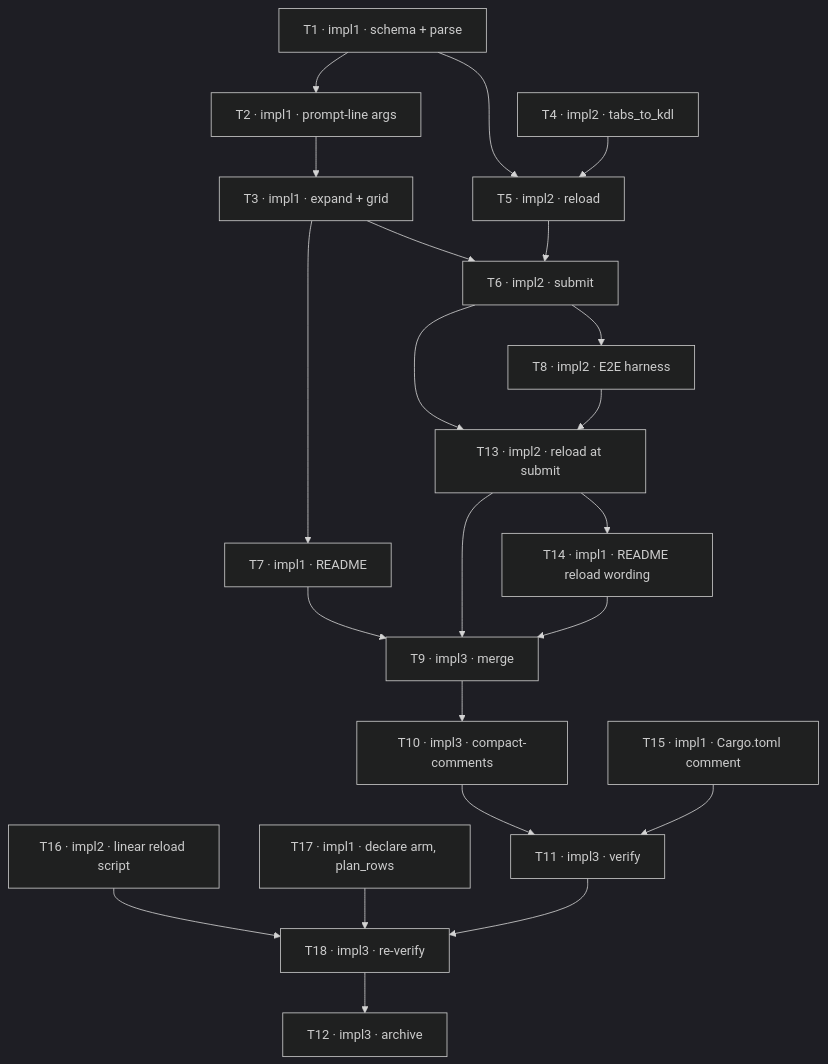
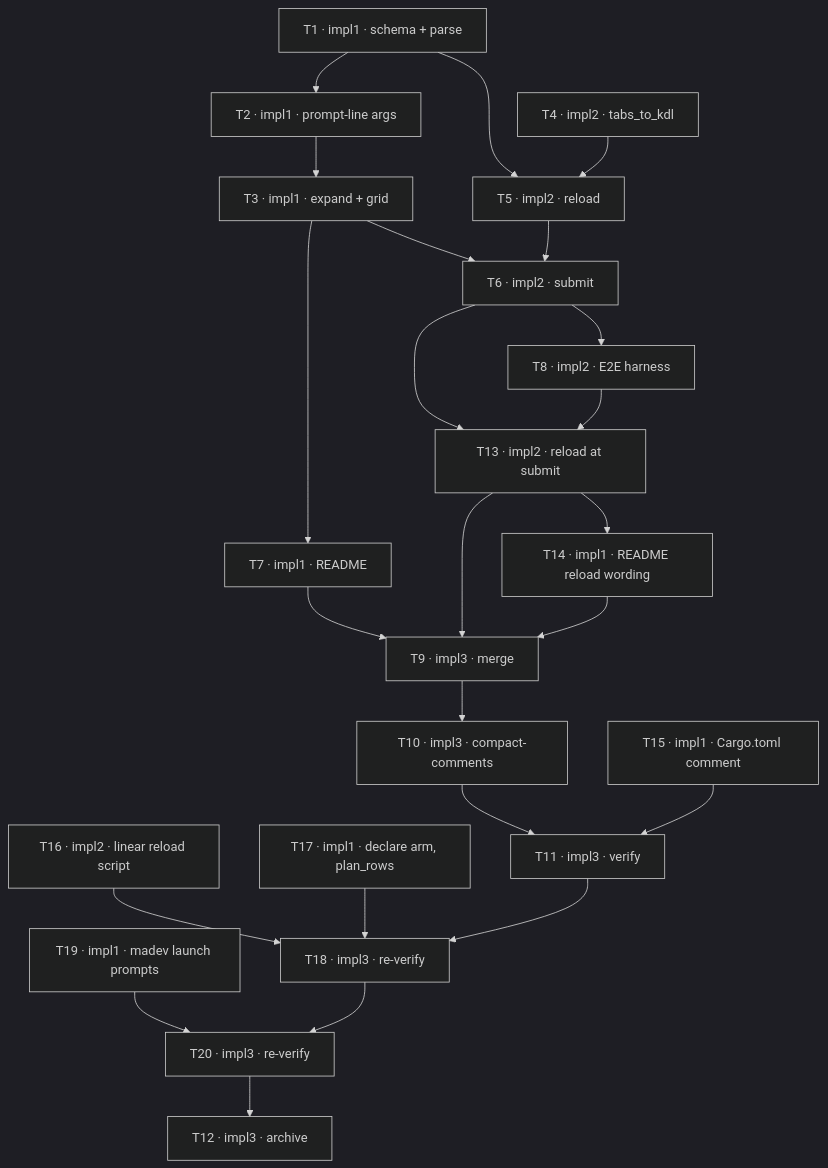
Before and after one commit to treekmk/zellaude: the diagram in CLAUDE_TODO-layout-generator.md, drawn with Mermaid (dark theme). The commit also changed other lines of this file and 1 other file, not shown here.

First line of the commit message:
[revise] Madev example launches the real prompts (T19), re-verify (T20)

````diff
--- a/CLAUDE_TODO-layout-generator.md
+++ b/CLAUDE_TODO-layout-generator.md
@@ -46,25 +48,27 @@
 ```mermaid
 graph TD
   T1[T1 · impl1 · schema + parse] --> T2[T2 · impl1 · prompt-line args]
   T2 --> T3[T3 · impl1 · expand + grid]
   T4[T4 · impl2 · tabs_to_kdl]
   T1 --> T5[T5 · impl2 · reload]
   T4 --> T5
   T3 --> T6[T6 · impl2 · submit]
   T5 --> T6
   T3 --> T7[T7 · impl1 · README]
   T6 --> T8[T8 · impl2 · E2E harness]
   T6 --> T13[T13 · impl2 · reload at submit]
   T8 --> T13
   T13 --> T14[T14 · impl1 · README reload wording]
   T7 --> T9[T9 · impl3 · merge]
   T13 --> T9
   T14 --> T9
   T9 --> T10[T10 · impl3 · compact-comments]
   T10 --> T11[T11 · impl3 · verify]
   T15[T15 · impl1 · Cargo.toml comment] --> T11
   T16[T16 · impl2 · linear reload script] --> T18[T18 · impl3 · re-verify]
   T17[T17 · impl1 · declare arm, plan_rows] --> T18
   T11 --> T18
-  T18 --> T12[T12 · impl3 · archive]
+  T19[T19 · impl1 · madev launch prompts] --> T20[T20 · impl3 · re-verify]
+  T18 --> T20
+  T20 --> T12[T12 · impl3 · archive]
 ```
````
